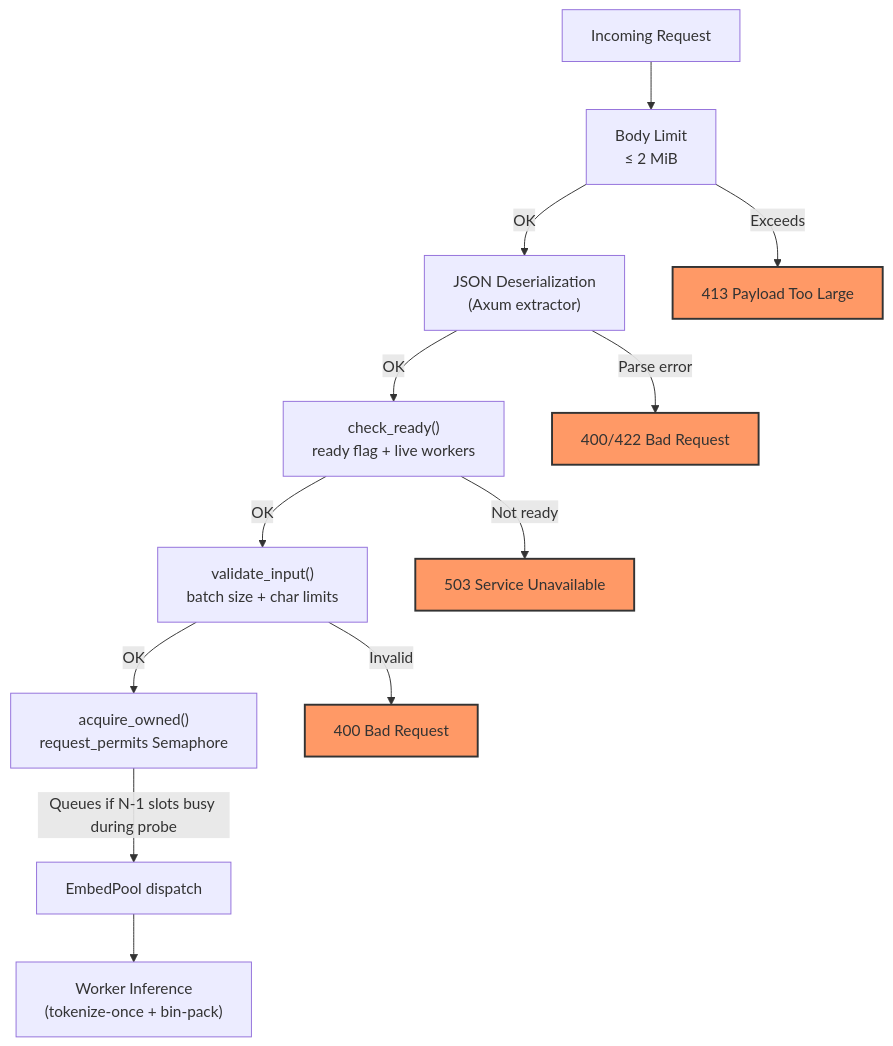
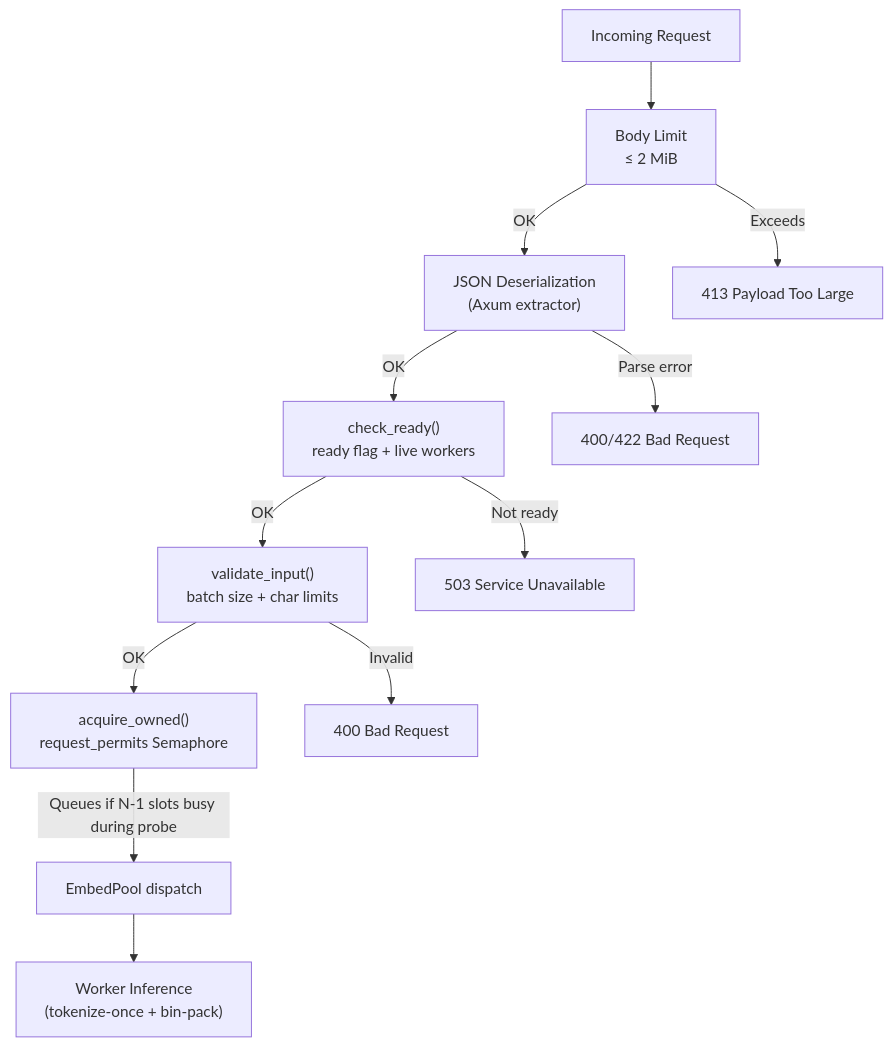
One commit to Fulton-Engineering-Services/bge-m3-embedding-server changed the third of 4 diagrams in docs/request-flow.md. Above: the diagram before and after it, drawn with Mermaid. The commit also changed other lines of this file and 117 other files, not shown here.

````diff
--- a/docs/request-flow.md
+++ b/docs/request-flow.md
@@ -111,25 +111,22 @@
 ```mermaid
 graph TD
     Req["Incoming Request"]
     Body["Body Limit<br/>≤ 2 MiB"]
     Deser["JSON Deserialization<br/>(Axum extractor)"]
     Ready["check_ready()<br/>ready flag + live workers"]
     Validate["validate_input()<br/>batch size + char limits"]
     Permit["acquire_owned()<br/>request_permits Semaphore"]
     Pool["EmbedPool dispatch"]
 
     Req --> Body
     Body -->|"Exceeds"| R413["413 Payload Too Large"]
     Body -->|"OK"| Deser
     Deser -->|"Parse error"| R400a["400/422 Bad Request"]
     Deser -->|"OK"| Ready
     Ready -->|"Not ready"| R503["503 Service Unavailable"]
     Ready -->|"OK"| Validate
     Validate -->|"Invalid"| R400b["400 Bad Request"]
     Validate -->|"OK"| Permit
     Permit -->|"Queues if N-1 slots busy during probe"| Pool
     Pool --> Inference["Worker Inference<br/>(tokenize-once + bin-pack)"]
-
-    classDef errorNode fill:#f96,stroke:#333,stroke-width:2px
-    class R413,R400a,R503,R400b errorNode
 ```
````
